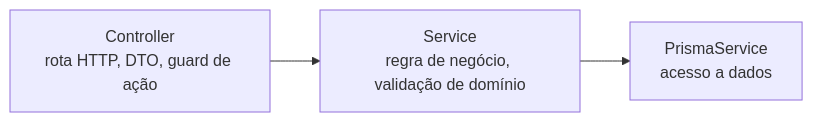
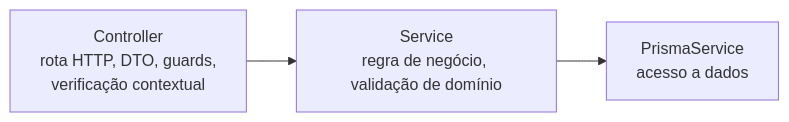
Before and after one commit to bebberjoao/RoosterOneBackend: the third of 4 diagrams in docs/engineering/01-arquitetura-geral.md, drawn with Mermaid. The commit also changed other lines of this file and 14 other files, not shown here.

````diff
--- a/docs/engineering/01-arquitetura-geral.md
+++ b/docs/engineering/01-arquitetura-geral.md
@@ -68,5 +100,5 @@
 ```mermaid
 flowchart LR
-    C[Controller<br/>rota HTTP, DTO, guard de ação] --> S[Service<br/>regra de negócio, validação de domínio]
+    C[Controller<br/>rota HTTP, DTO, guards,<br/>verificação contextual] --> S[Service<br/>regra de negócio, validação de domínio]
     S --> P[PrismaService<br/>acesso a dados]
 ```
````
